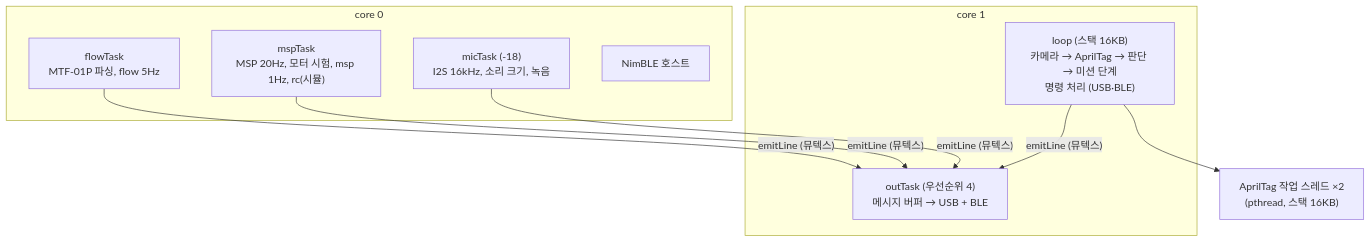
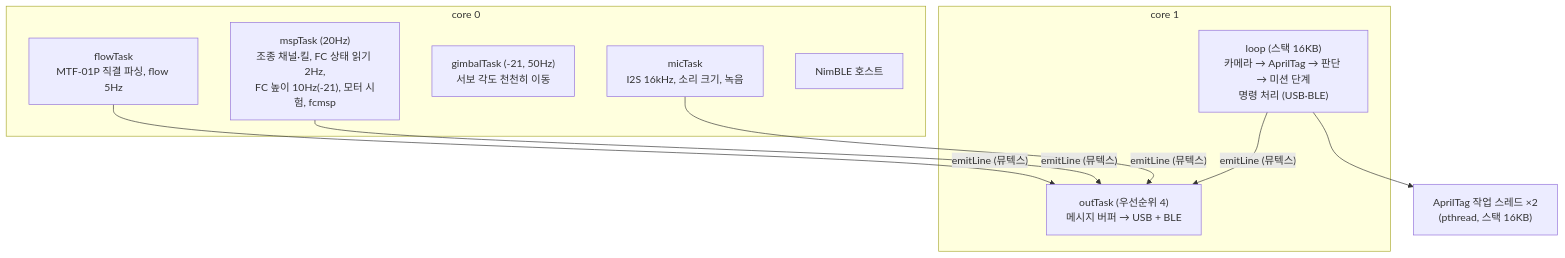
Before and after one commit to bckim0123-lab/d4d: the diagram in docs/04-firmware.md, drawn with Mermaid. The commit also changed other lines of this file and 9 other files, not shown here.

````diff
--- a/docs/04-firmware.md
+++ b/docs/04-firmware.md
@@ -11,16 +12,17 @@
 ```mermaid
 flowchart TB
     subgraph core1["core 1"]
         LOOP["loop (스택 16KB)<br/>카메라 → AprilTag → 판단 → 미션 단계<br/>명령 처리 (USB·BLE)"]
         OUT["outTask (우선순위 4)<br/>메시지 버퍼 → USB + BLE"]
     end
     subgraph core0["core 0"]
-        FLOW["flowTask<br/>MTF-01P 파싱, flow 5Hz"]
-        MSP["mspTask<br/>MSP 20Hz, 모터 시험, msp 1Hz, rc(시뮬)"]
-        MIC["micTask (-18)<br/>I2S 16kHz, 소리 크기, 녹음"]
+        FLOW["flowTask<br/>MTF-01P 직결 파싱, flow 5Hz"]
+        MSP["mspTask (20Hz)<br/>조종 채널·킬, FC 상태 읽기 2Hz,<br/>FC 높이 10Hz(-21), 모터 시험, fcmsp"]
+        GIM["gimbalTask (-21, 50Hz)<br/>서보 각도 천천히 이동"]
+        MIC["micTask<br/>I2S 16kHz, 소리 크기, 녹음"]
         BLE["NimBLE 호스트"]
     end
     WP["AprilTag 작업 스레드 ×2<br/>(pthread, 스택 16KB)"]
     LOOP --> WP
     FLOW & MSP & MIC & LOOP -- "emitLine (뮤텍스)" --> OUT
 ```
````
